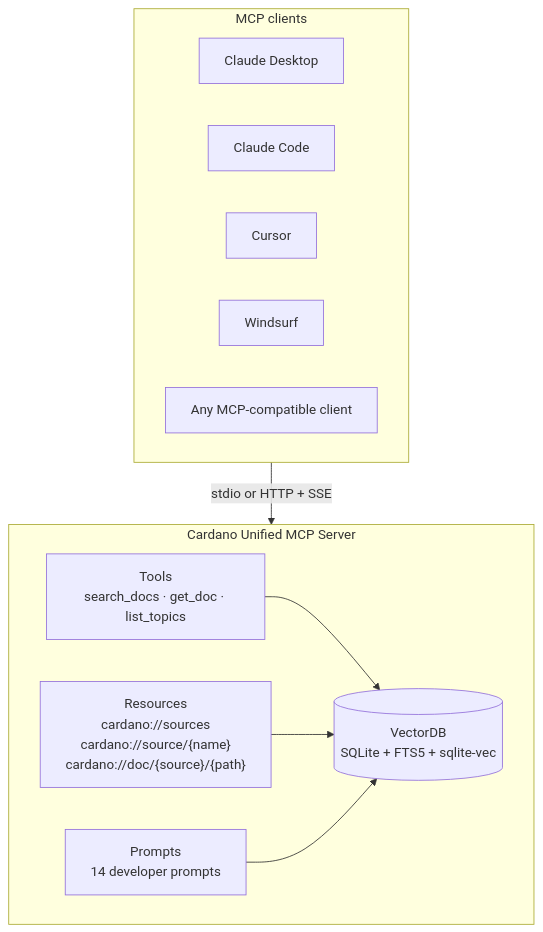
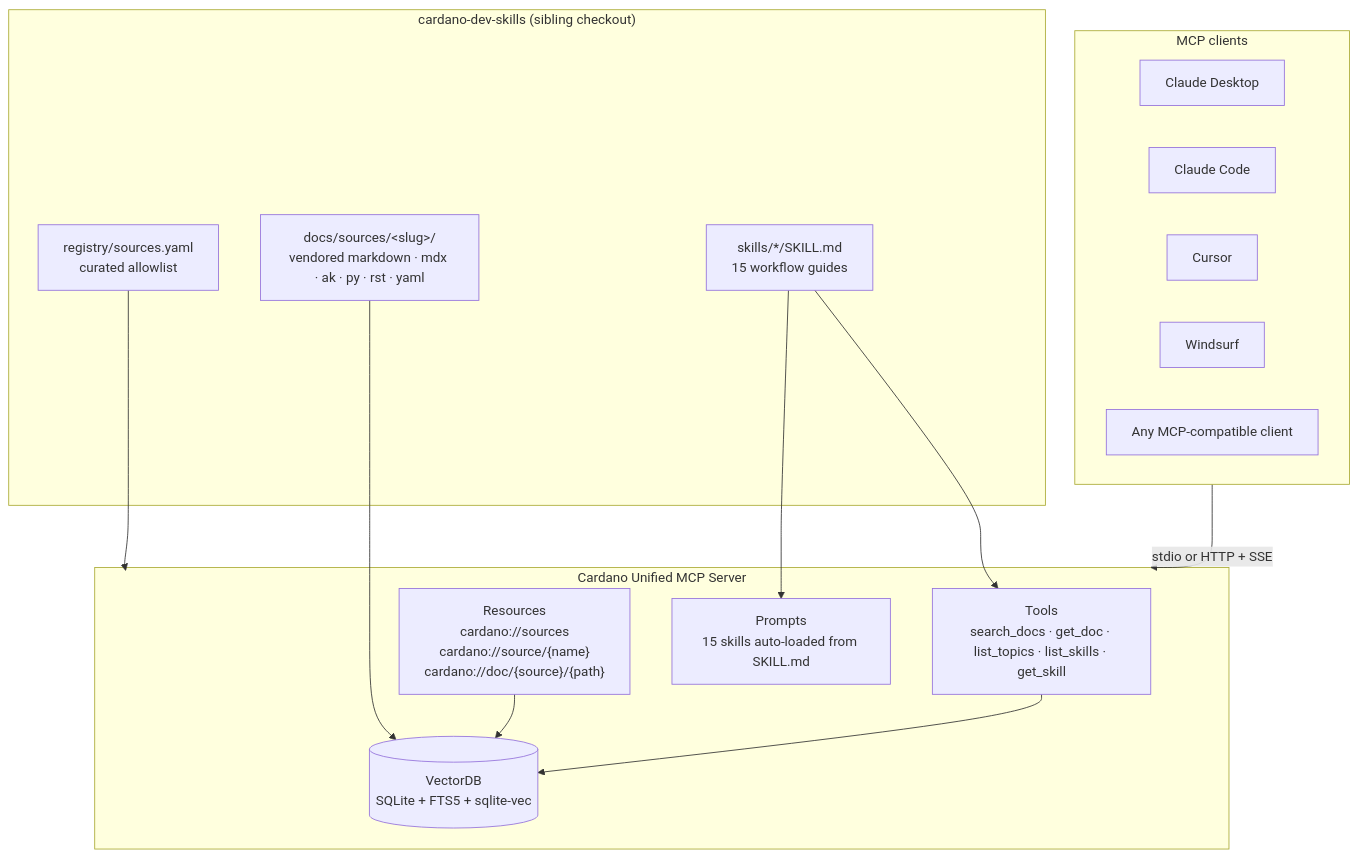
Before and after one commit to easy1staking-com/cardano-unified-mcp-server: the first of 3 diagrams in docs/architecture.md, drawn with Mermaid. The commit also changed other lines of this file and 27 other files, not shown here.

First line of the commit message:
feat: rebase on cardano-dev-skills as single source of truth

````diff
--- a/docs/architecture.md
+++ b/docs/architecture.md
@@ -10,22 +10,32 @@
 ```mermaid
 graph TB
     subgraph clients["MCP clients"]
         CD["Claude Desktop"]
         CC["Claude Code"]
         CR["Cursor"]
         WS["Windsurf"]
         OT["Any MCP-compatible client"]
     end
 
+    subgraph skills["cardano-dev-skills (sibling checkout)"]
+        REG["registry/sources.yaml<br/>curated allowlist"]
+        VEND["docs/sources/&lt;slug&gt;/<br/>vendored markdown · mdx · ak · py · rst · yaml"]
+        SK["skills/*/SKILL.md<br/>15 workflow guides"]
+    end
+
     subgraph server["Cardano Unified MCP Server"]
-        T["Tools<br/>search_docs · get_doc · list_topics"]
+        T["Tools<br/>search_docs · get_doc · list_topics · list_skills · get_skill"]
         R["Resources<br/>cardano://sources<br/>cardano://source/{name}<br/>cardano://doc/{source}/{path}"]
-        P["Prompts<br/>14 developer prompts"]
+        P["Prompts<br/>15 skills auto-loaded from SKILL.md"]
         DB[("VectorDB<br/>SQLite + FTS5 + sqlite-vec")]
         T --> DB
         R --> DB
-        P --> DB
     end
+
+    REG --> server
+    VEND --> DB
+    SK --> P
+    SK --> T
 
     clients -->|"stdio or HTTP + SSE"| server
 ```
````
